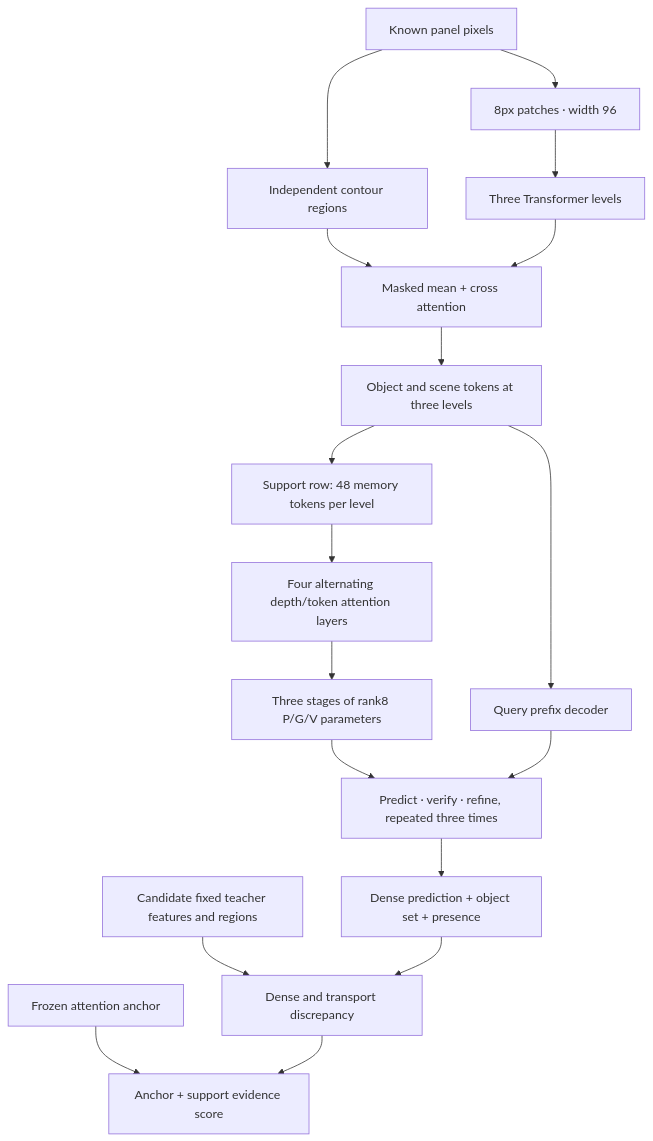
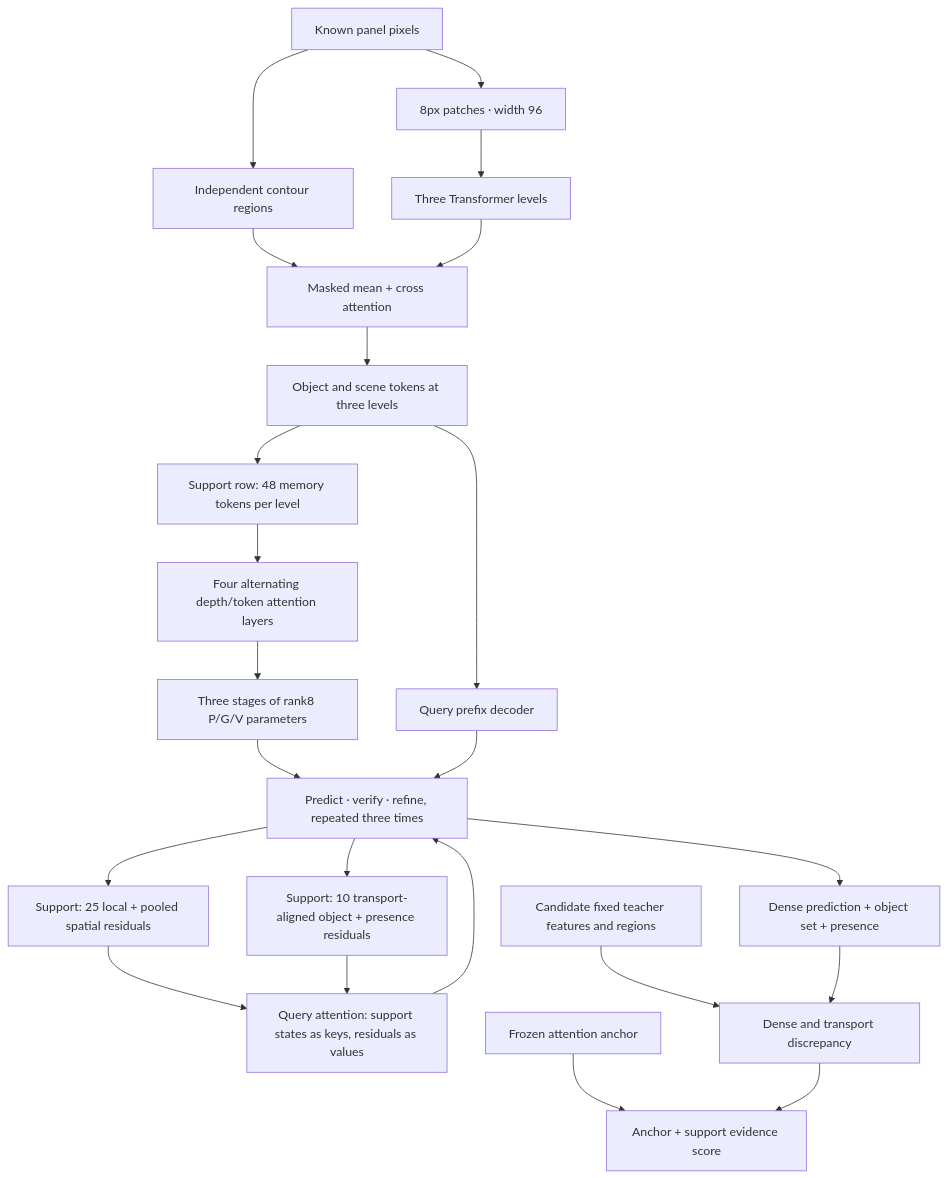
Before and after one commit to c-xy-c/DARR-MNR: the diagram in structured_ssl/README.md, drawn with Mermaid. The commit also changed other lines of this file and 23 other files, not shown here.

Commit message:
Isolate object targets and verify structured PaV residuals

````diff
--- a/structured_ssl/README.md
+++ b/structured_ssl/README.md
@@ -11,20 +11,25 @@
 ```mermaid
 flowchart TD
   A[Known panel pixels] --> B[8px patches · width 96]
   A --> C[Independent contour regions]
   B --> D[Three Transformer levels]
   C --> E[Masked mean + cross attention]
   D --> E
   E --> F[Object and scene tokens at three levels]
   F --> G[Support row: 48 memory tokens per level]
   G --> H[Four alternating depth/token attention layers]
   H --> I[Three stages of rank8 P/G/V parameters]
   F --> J[Query prefix decoder]
   I --> K[Predict · verify · refine, repeated three times]
+  K --> Q[Support: 25 local + pooled spatial residuals]
+  K --> R[Support: 10 transport-aligned object + presence residuals]
+  Q --> S[Query attention: support states as keys, residuals as values]
+  R --> S
+  S --> K
   J --> K
   K --> L[Dense prediction + object set + presence]
   M[Candidate fixed teacher features and regions] --> N[Dense and transport discrepancy]
   L --> N
   O[Frozen attention anchor] --> P[Anchor + support evidence score]
   N --> P
 ```
````
